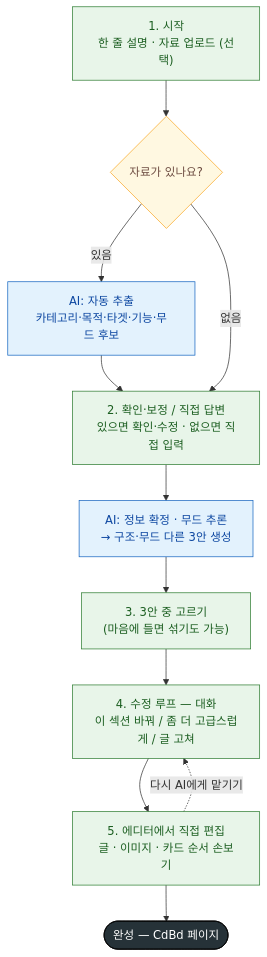
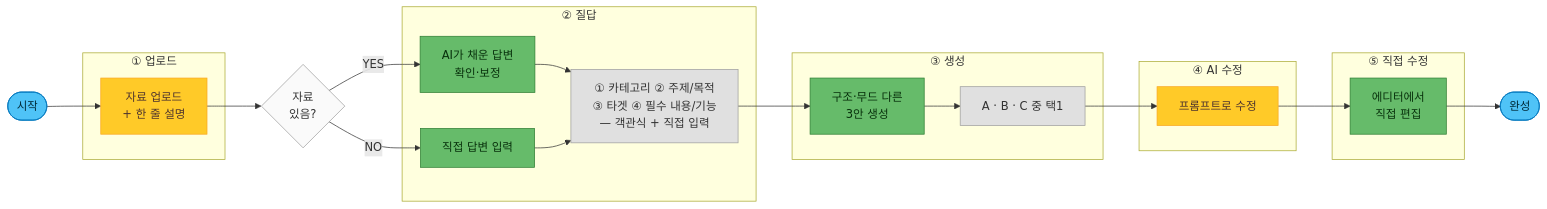
The diagram in 1. 작업 가이드/1-9. AI 유저 플로우 (제품 설계도).md (CdBd-in/cdbd-templates), drawn with Mermaid before and after one commit. The commit also changed other lines of this file and 1 other file, not shown here.

````diff
--- a/1. 작업 가이드/1-9. AI 유저 플로우 (제품 설계도).md
+++ b/1. 작업 가이드/1-9. AI 유저 플로우 (제품 설계도).md
@@ -52,23 +62,39 @@
 ```mermaid
-flowchart TD
-    S1["1. 시작<br/>한 줄 설명 · 자료 업로드 (선택)"]:::user
-    Q{"자료가 있나요?"}:::dec
-    AI1["AI: 자동 추출<br/>카테고리·목적·타겟·기능·무드 후보"]:::ai
-    S2["2. 확인·보정 / 직접 답변<br/>있으면 확인·수정 · 없으면 직접 입력"]:::user
-    AI2["AI: 정보 확정 · 무드 추론<br/>→ 구조·무드 다른 3안 생성"]:::ai
-    S3["3. 3안 중 고르기<br/>(마음에 들면 섞기도 가능)"]:::user
-    S4["4. 수정 루프 — 대화<br/>이 섹션 바꿔 / 좀 더 고급스럽게 / 글 고쳐"]:::user
-    S5["5. 에디터에서 직접 편집<br/>글 · 이미지 · 카드 순서 손보기"]:::user
-    Done(["완성 — CdBd 페이지"]):::done
+flowchart LR
+    Start(["시작"]):::term
+    subgraph P1["① 업로드"]
+        U["자료 업로드<br/>+ 한 줄 설명"]:::opt
+    end
+    Q{"자료<br/>있음?"}:::dec
+    subgraph P2["② 질답"]
+        Y["AI가 채운 답변<br/>확인·보정"]:::req
+        N["직접 답변 입력"]:::req
+        QS["① 카테고리 ② 주제/목적<br/>③ 타겟 ④ 필수 내용/기능<br/>— 객관식 + 직접 입력"]:::sub
+        Y --> QS
+        N --> QS
+    end
+    subgraph P3["③ 생성"]
+        G["구조·무드 다른<br/>3안 생성"]:::req
+        ABC["A · B · C 중 택1"]:::sub
+        G --> ABC
+    end
+    subgraph P4["④ AI 수정"]
+        AIe["프롬프트로 수정"]:::opt
+    end
+    subgraph P5["⑤ 직접 수정"]
+        Ed["에디터에서<br/>직접 편집"]:::req
+    end
+    Done(["완성"]):::term
 
-    S1 --> Q
-    Q -->|"있음"| AI1 --> S2
-    Q -->|"없음"| S2
-    S2 --> AI2 --> S3 --> S4 --> S5 --> Done
-    S5 -.->|"다시 AI에게 맡기기"| S4
+    Start --> U --> Q
+    Q -->|YES| Y
+    Q -->|NO| N
+    QS --> G
+    ABC --> AIe --> Ed --> Done
 
-    classDef user fill:#E8F5E9,stroke:#2E7D32,color:#1B5E20;
-    classDef ai fill:#E3F2FD,stroke:#1565C0,color:#0D47A1;
-    classDef dec fill:#FFF8E1,stroke:#F9A825,color:#6D4C41;
-    classDef done fill:#263238,stroke:#000000,color:#FFFFFF;
+    classDef term fill:#4FC3F7,stroke:#0277BD,color:#012B39;
+    classDef opt fill:#FFCA28,stroke:#F9A825,color:#4E342E;
+    classDef req fill:#66BB6A,stroke:#2E7D32,color:#08310C;
+    classDef sub fill:#E0E0E0,stroke:#9E9E9E,color:#333333;
+    classDef dec fill:#FAFAFA,stroke:#9E9E9E,color:#333333;
 ```
````
